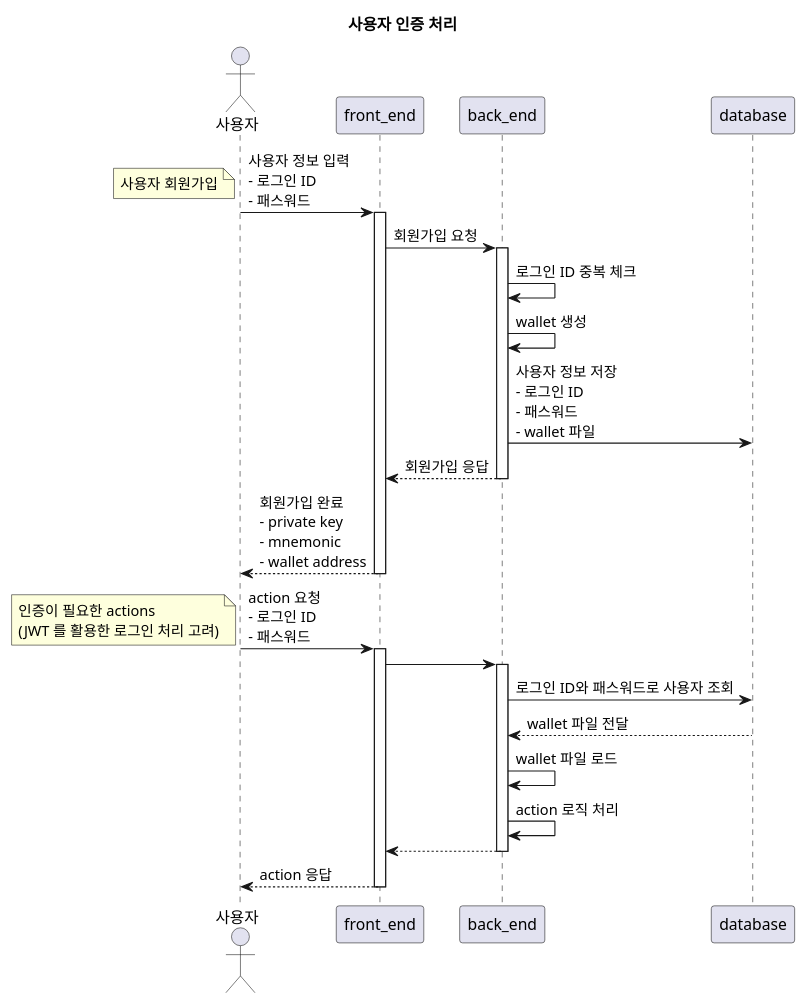
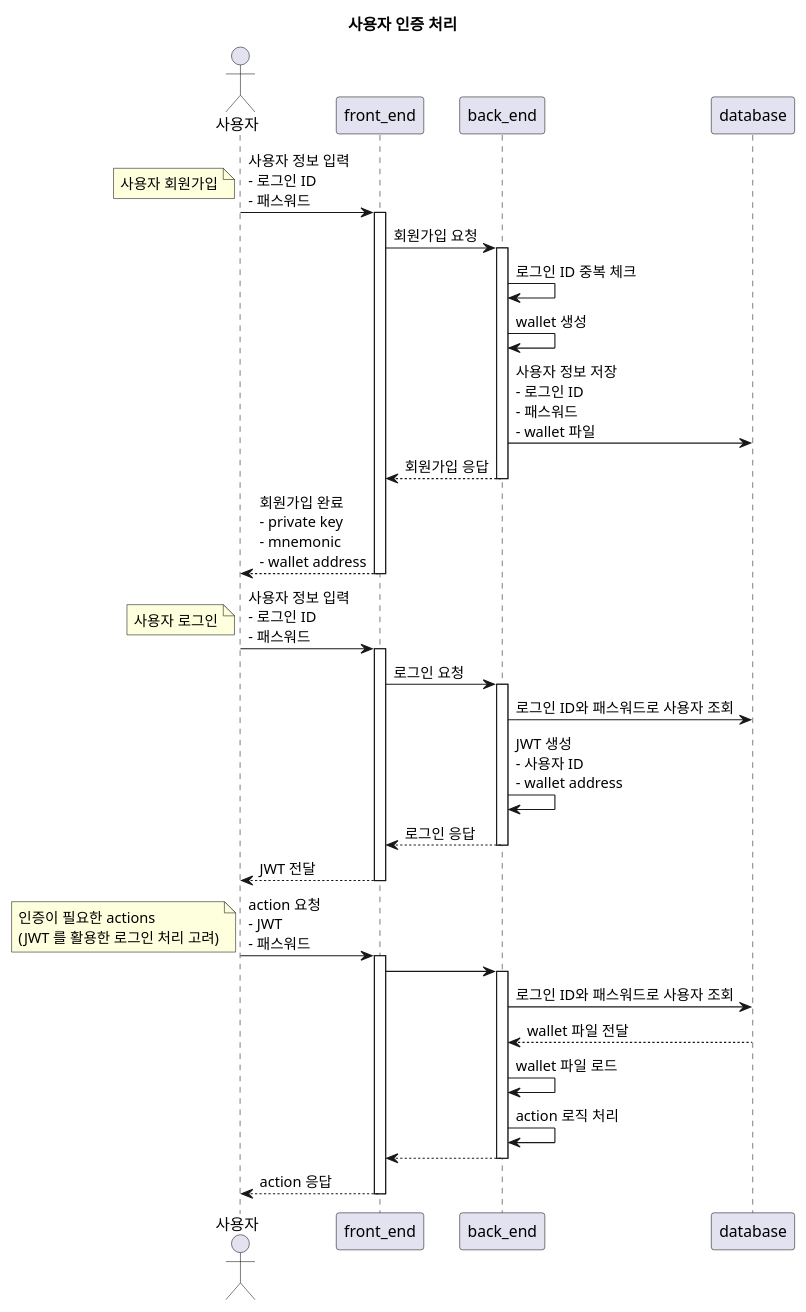
The diagram in docs/sequence-diagram/사용자 인증 처리.puml (LaOnZenaMoon/smart-contract-playground), drawn with PlantUML before and after one commit. The commit also changed 24 other files, not shown here.

Commit message:
feat: 사용자 회원가입 및 로그인 기능 추가

```diff
--- a/docs/sequence-diagram/사용자 인증 처리.puml
+++ b/docs/sequence-diagram/사용자 인증 처리.puml
@@ -1,37 +1,48 @@
 @startuml
 title 사용자 인증 처리
 
 actor 사용자
 participant front_end
 participant back_end
 participant database
 
 사용자->front_end: 사용자 정보 입력\n- 로그인 ID\n- 패스워드
 note left: 사용자 회원가입
 activate front_end
 front_end->back_end: 회원가입 요청
 activate back_end
 back_end->back_end: 로그인 ID 중복 체크
 back_end->back_end: wallet 생성
 back_end->database: 사용자 정보 저장\n- 로그인 ID\n- 패스워드\n- wallet 파일
 back_end-->front_end: 회원가입 응답
 deactivate back_end
 front_end-->사용자: 회원가입 완료\n- private key\n- mnemonic\n- wallet address
 deactivate front_end
 
+사용자->front_end: 사용자 정보 입력\n- 로그인 ID\n- 패스워드
+note left: 사용자 로그인
+activate front_end
+front_end->back_end: 로그인 요청
+activate back_end
+back_end->database: 로그인 ID와 패스워드로 사용자 조회
+back_end->back_end: JWT 생성\n- 사용자 ID\n- wallet address
+back_end-->front_end: 로그인 응답
+deactivate back_end
+front_end-->사용자: JWT 전달
+deactivate front_end
 
-사용자->front_end: action 요청\n- 로그인 ID\n- 패스워드
+사용자->front_end: action 요청\n- JWT\n- 패스워드
 note left: 인증이 필요한 actions\n(JWT 를 활용한 로그인 처리 고려)
 activate front_end
 front_end->back_end
 activate back_end
 back_end->database: 로그인 ID와 패스워드로 사용자 조회
 database-->back_end: wallet 파일 전달
 back_end->back_end: wallet 파일 로드
 back_end->back_end: action 로직 처리
 back_end-->front_end
 deactivate back_end
 front_end-->사용자: action 응답
 deactivate front_end
 
 @enduml
```
